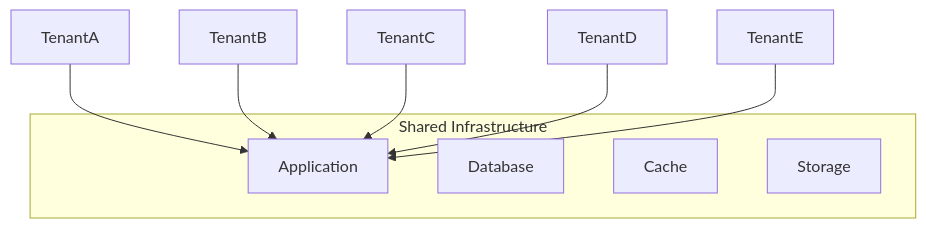
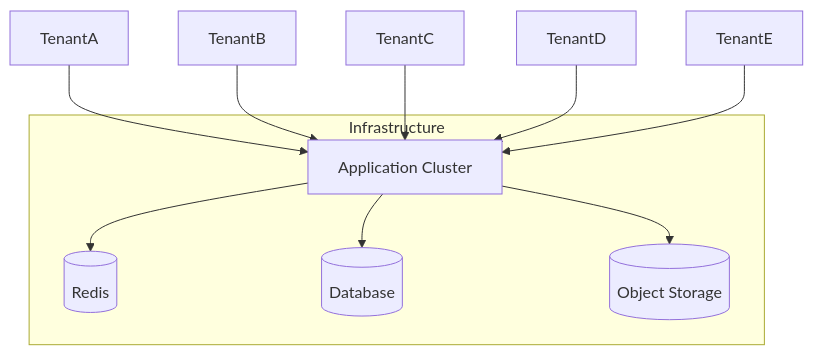
One commit to ramadhanrezza/system-design-notes changed the fourth of 4 diagrams in saas/multi-tenant-architecture.md. Above: the diagram before and after it, drawn with Mermaid. The commit also changed other lines of this file, not shown here.

````diff
--- a/saas/multi-tenant-architecture.md
+++ b/saas/multi-tenant-architecture.md
@@ -223,16 +388,22 @@
 ```mermaid
 flowchart TD
 
-subgraph Shared Infrastructure
-Application
-Database
-Cache
-Storage
+subgraph Infrastructure
+
+APP[Application Cluster]
+CACHE[(Redis)]
+DB[(Database)]
+STORAGE[(Object Storage)]
+
 end
 
-TenantA --> Application
-TenantB --> Application
-TenantC --> Application
-TenantD --> Application
-TenantE --> Application
+TenantA --> APP
+TenantB --> APP
+TenantC --> APP
+TenantD --> APP
+TenantE --> APP
+
+APP --> CACHE
+APP --> DB
+APP --> STORAGE
 ```
````
